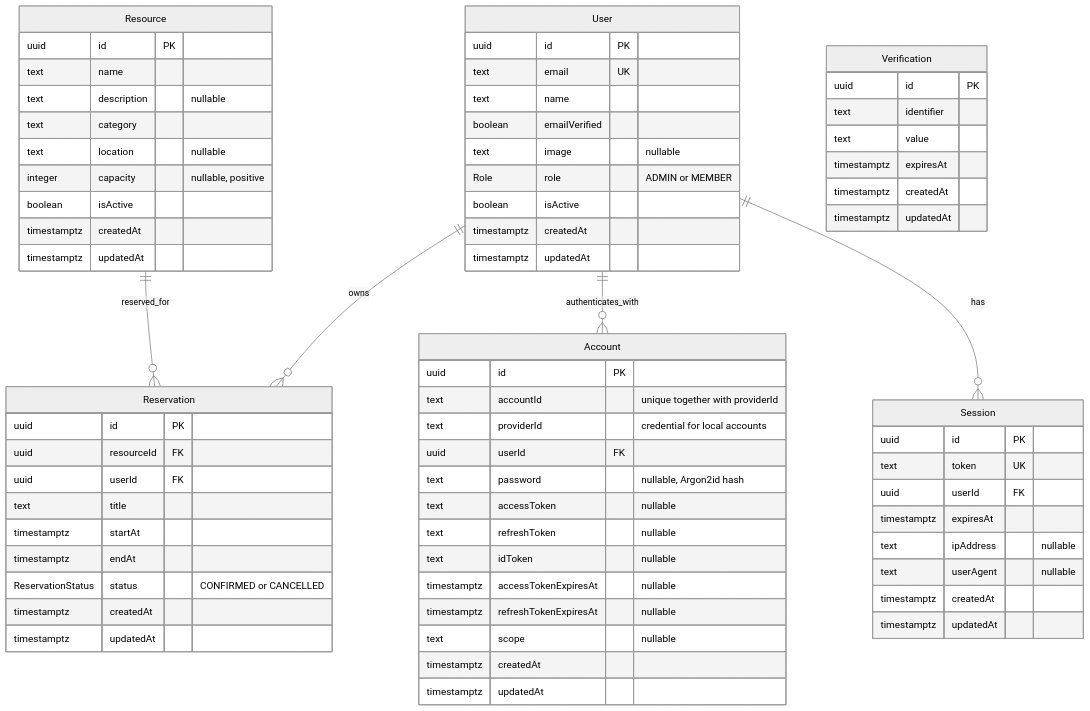
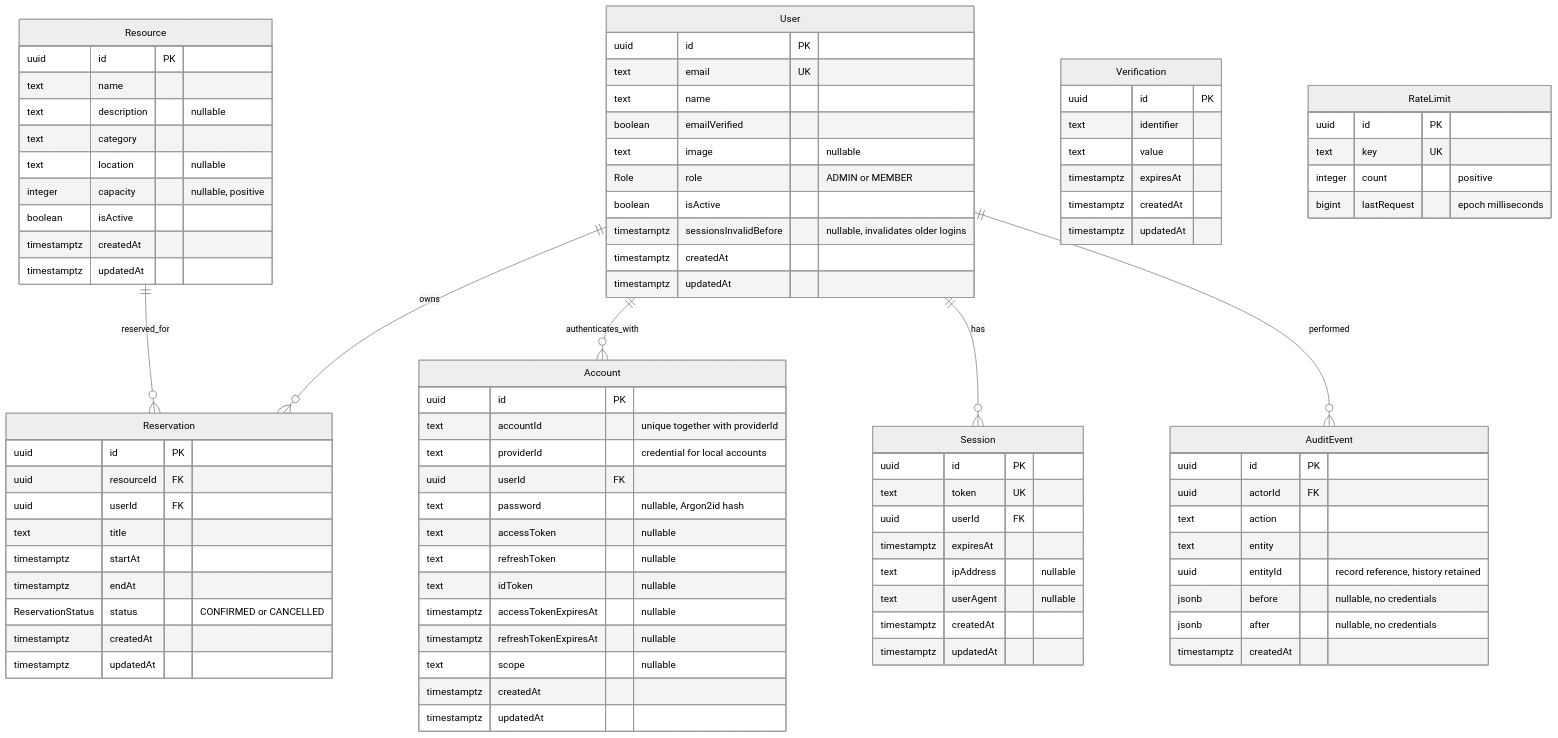
One commit to sajithmym/ReserveFlow changed the diagram in docs/erd.mmd. Above: the diagram before and after it, drawn with Mermaid (neutral theme). The commit also changed 44 other files, not shown here.

```diff
--- a/docs/erd.mmd
+++ b/docs/erd.mmd
@@ -1,71 +1,89 @@
 erDiagram
   User ||--o{ Reservation : owns
   Resource ||--o{ Reservation : reserved_for
   User ||--o{ Account : authenticates_with
   User ||--o{ Session : has
+  User ||--o{ AuditEvent : performed
   User {
     uuid id PK
     text email UK
     text name
     boolean emailVerified
     text image "nullable"
     Role role "ADMIN or MEMBER"
     boolean isActive
+    timestamptz sessionsInvalidBefore "nullable, invalidates older logins"
     timestamptz createdAt
     timestamptz updatedAt
   }
   Resource {
     uuid id PK
     text name
     text description "nullable"
     text category
     text location "nullable"
     integer capacity "nullable, positive"
     boolean isActive
     timestamptz createdAt
     timestamptz updatedAt
   }
   Reservation {
     uuid id PK
     uuid resourceId FK
     uuid userId FK
     text title
     timestamptz startAt
     timestamptz endAt
     ReservationStatus status "CONFIRMED or CANCELLED"
     timestamptz createdAt
     timestamptz updatedAt
   }
   Account {
     uuid id PK
     text accountId "unique together with providerId"
     text providerId "credential for local accounts"
     uuid userId FK
     text password "nullable, Argon2id hash"
     text accessToken "nullable"
     text refreshToken "nullable"
     text idToken "nullable"
     timestamptz accessTokenExpiresAt "nullable"
     timestamptz refreshTokenExpiresAt "nullable"
     text scope "nullable"
     timestamptz createdAt
     timestamptz updatedAt
   }
   Session {
     uuid id PK
     text token UK
     uuid userId FK
     timestamptz expiresAt
     text ipAddress "nullable"
     text userAgent "nullable"
     timestamptz createdAt
     timestamptz updatedAt
   }
   Verification {
     uuid id PK
     text identifier
     text value
     timestamptz expiresAt
     timestamptz createdAt
     timestamptz updatedAt
   }
+  AuditEvent {
+    uuid id PK
+    uuid actorId FK
+    text action
+    text entity
+    uuid entityId "record reference, history retained"
+    jsonb before "nullable, no credentials"
+    jsonb after "nullable, no credentials"
+    timestamptz createdAt
+  }
+  RateLimit {
+    uuid id PK
+    text key UK
+    integer count "positive"
+    bigint lastRequest "epoch milliseconds"
+  }
```
